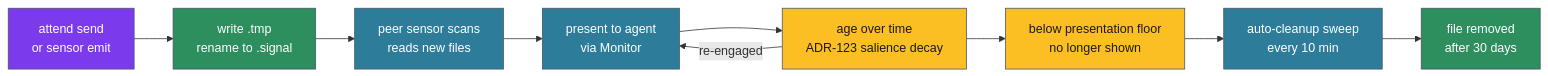
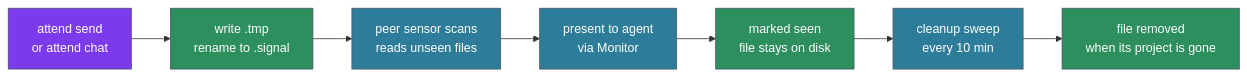
Before and after one commit to aaronsb/agent-ways: the diagram in docs/attend-and-monitor/signals.md, drawn with Mermaid. The commit also changed other lines of this file and 6 other files, not shown here.

````diff
--- a/docs/attend-and-monitor/signals.md
+++ b/docs/attend-and-monitor/signals.md
@@ -99,31 +99,26 @@
 ```mermaid
 flowchart LR
-    Create[attend send<br/>or sensor emit]
+    Create[attend send<br/>or attend chat]
     Write[write .tmp<br/>rename to .signal]
-    Scan[peer sensor scans<br/>reads new files]
+    Scan[peer sensor scans<br/>reads unseen files]
     Present[present to agent<br/>via Monitor]
-    Age[age over time<br/>ADR-123 salience decay]
-    Below[below presentation floor<br/>no longer shown]
-    Cleanup[auto-cleanup sweep<br/>every 10 min]
-    Delete[file removed<br/>after 30 days]
+    Seen[marked seen<br/>file stays on disk]
+    Cleanup[cleanup sweep<br/>every 10 min]
+    Delete[file removed<br/>when its project is gone]
 
     Create --> Write
     Write --> Scan
     Scan --> Present
-    Present --> Age
-    Age --> Below
-    Age -->|re-engaged| Present
-    Below --> Cleanup
+    Present --> Seen
+    Seen --> Cleanup
     Cleanup --> Delete
 
     classDef core fill:#7c3aed,stroke:#4a5568,color:#ffffff
     classDef process fill:#2d7d9a,stroke:#4a5568,color:#ffffff
     classDef store fill:#2d8e5e,stroke:#4a5568,color:#ffffff
-    classDef caution fill:#fbbf24,stroke:#4a5568,color:#1a1a1a
 
     class Create core
-    class Write store
+    class Write,Seen store
     class Scan,Present,Cleanup process
-    class Age,Below caution
     class Delete store
 ```
````
